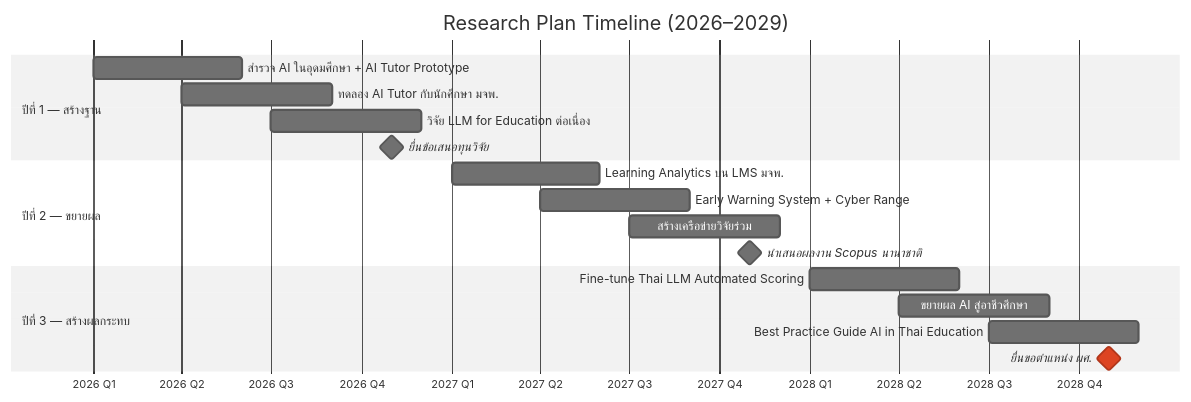
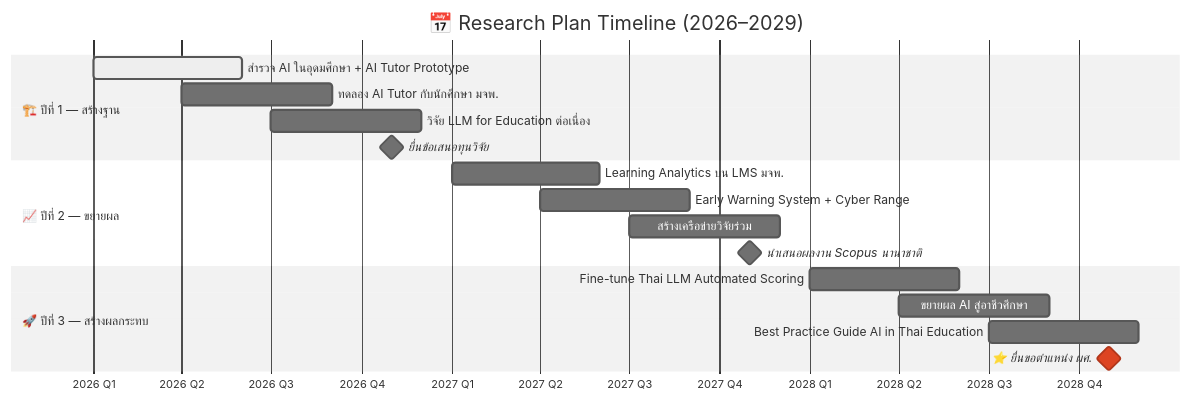
One commit to nutthakorn7/kmutnb-fte-portfolio changed the third of 5 diagrams in research-plan/research_plan_2026_2029.md. Above: the diagram before and after it, drawn with Mermaid (neutral theme). The commit also changed other lines of this file, not shown here.

Commit message:
🎨 Premium v2: capsule-render, mindmap, collapsible sections, GitHub alerts, animated TOC

````diff
--- a/research-plan/research_plan_2026_2029.md
+++ b/research-plan/research_plan_2026_2029.md
@@ -176,24 +318,25 @@
 ```mermaid
 gantt
-    title Research Plan Timeline (2026–2029)
+    title 📅 Research Plan Timeline (2026–2029)
     dateFormat YYYY-MM
     axisFormat %Y Q%q
+    todayMarker off
 
-    section ปีที่ 1 — สร้างฐาน
-    สำรวจ AI ในอุดมศึกษา + AI Tutor Prototype    :a1, 2026-01, 2026-06
+    section 🏗️ ปีที่ 1 — สร้างฐาน
+    สำรวจ AI ในอุดมศึกษา + AI Tutor Prototype    :active, a1, 2026-01, 2026-06
     ทดลอง AI Tutor กับนักศึกษา มจพ.              :a2, 2026-04, 2026-09
     วิจัย LLM for Education ต่อเนื่อง             :a3, 2026-07, 2026-12
     ยื่นข้อเสนอทุนวิจัย                          :milestone, a4, 2026-10, 2026-12
 
-    section ปีที่ 2 — ขยายผล
+    section 📈 ปีที่ 2 — ขยายผล
     Learning Analytics บน LMS มจพ.                :b1, 2027-01, 2027-06
     Early Warning System + Cyber Range            :b2, 2027-04, 2027-09
     สร้างเครือข่ายวิจัยร่วม                       :b3, 2027-07, 2027-12
     นำเสนอผลงาน Scopus นานาชาติ                  :milestone, b4, 2027-10, 2027-12
 
-    section ปีที่ 3 — สร้างผลกระทบ
+    section 🚀 ปีที่ 3 — สร้างผลกระทบ
     Fine-tune Thai LLM Automated Scoring          :c1, 2028-01, 2028-06
     ขยายผล AI สู่อาชีวศึกษา                      :c2, 2028-04, 2028-09
     Best Practice Guide AI in Thai Education      :c3, 2028-07, 2028-12
-    ยื่นขอตำแหน่ง ผศ.                            :crit, milestone, c4, 2028-10, 2028-12
+    ⭐ ยื่นขอตำแหน่ง ผศ.                         :crit, milestone, c4, 2028-10, 2028-12
 ```
````
